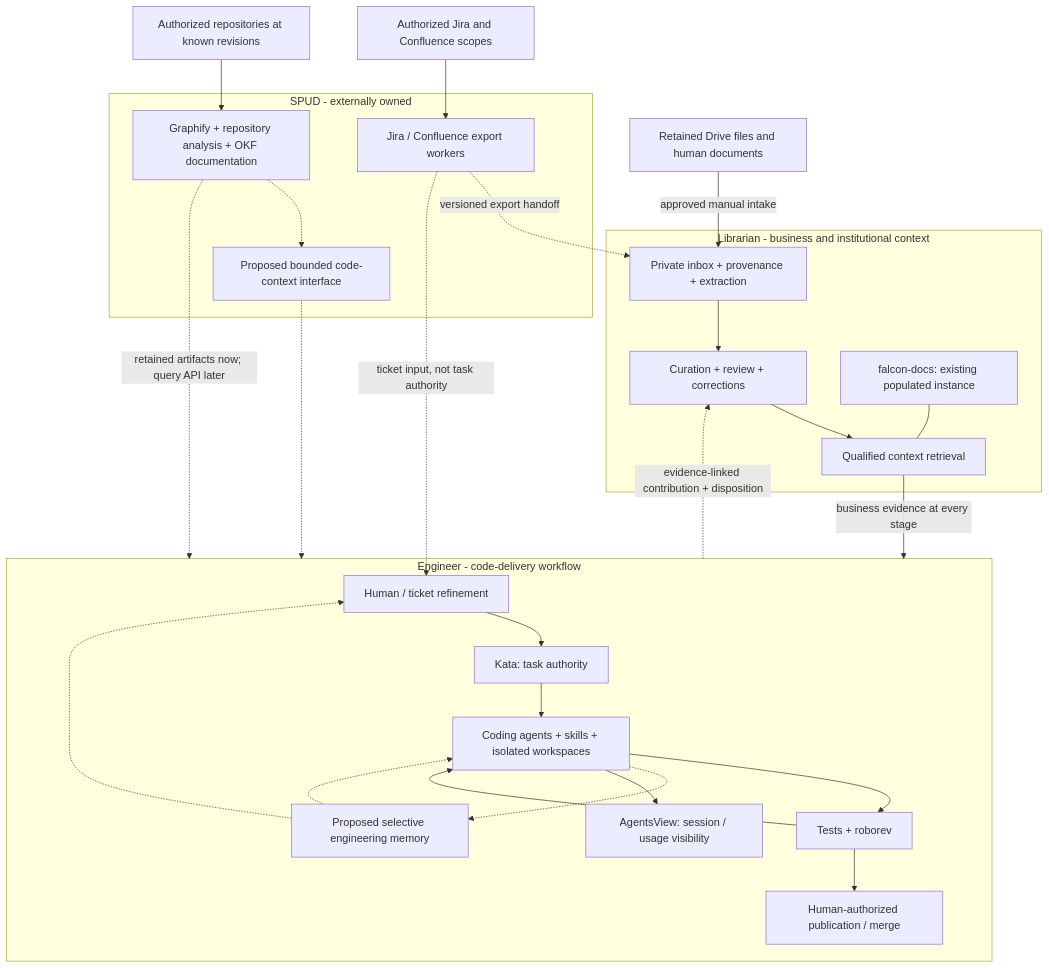
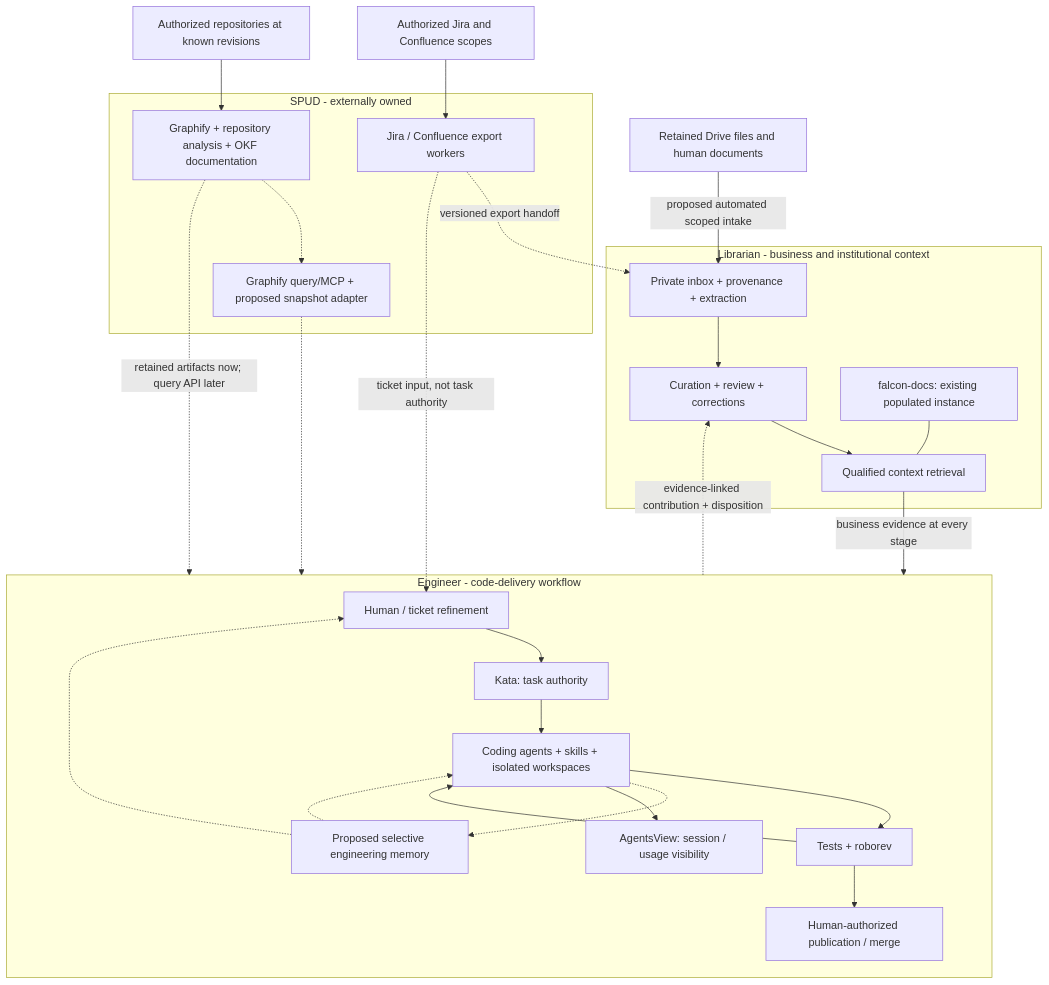
Before and after one commit to GSA/the_engineer: the first of 3 diagrams in context/system-architecture.md, drawn with Mermaid. The commit also changed other lines of this file and 3 other files, not shown here.

Commit message:
Assess SPUD reuse and three-part demo architecture

````diff
--- a/context/system-architecture.md
+++ b/context/system-architecture.md
@@ -95,48 +230,48 @@
 ```mermaid
 flowchart TB
     atlassian["Authorized Jira and Confluence scopes"]
     documents["Retained Drive files and human documents"]
     repos["Authorized repositories at known revisions"]
 
     subgraph spud["SPUD - externally owned"]
         acquire["Jira / Confluence export workers"]
         code["Graphify + repository analysis + OKF documentation"]
-        query["Proposed bounded code-context interface"]
+        query["Graphify query/MCP + proposed snapshot adapter"]
         code -.-> query
     end
 
     subgraph librarian["Librarian - business and institutional context"]
         intake["Private inbox + provenance + extraction"]
         curate["Curation + review + corrections"]
         retrieve["Qualified context retrieval"]
         falcon["falcon-docs: existing populated instance"]
         intake --> curate --> retrieve
         falcon --- retrieve
     end
 
     subgraph engineer["Engineer - code-delivery workflow"]
         refine["Human / ticket refinement"]
         tasks["Kata: task authority"]
         bots["Coding agents + skills + isolated workspaces"]
         review["Tests + roborev"]
         land["Human-authorized publication / merge"]
         memory["Proposed selective engineering memory"]
         visibility["AgentsView: session / usage visibility"]
         refine --> tasks --> bots --> review --> land
         review --> bots
         memory -.-> refine
         memory -.-> bots
         bots -.-> memory
         bots --> visibility
     end
 
     atlassian --> acquire
-    documents -->|"approved manual intake"| intake
+    documents -->|"proposed automated scoped intake"| intake
     acquire -.->|"versioned export handoff"| intake
     acquire -.->|"ticket input, not task authority"| refine
     repos --> code
     retrieve -->|"business evidence at every stage"| engineer
     code -.->|"retained artifacts now; query API later"| engineer
     query -.-> engineer
     engineer -.->|"evidence-linked contribution + disposition"| curate
 ```
````
